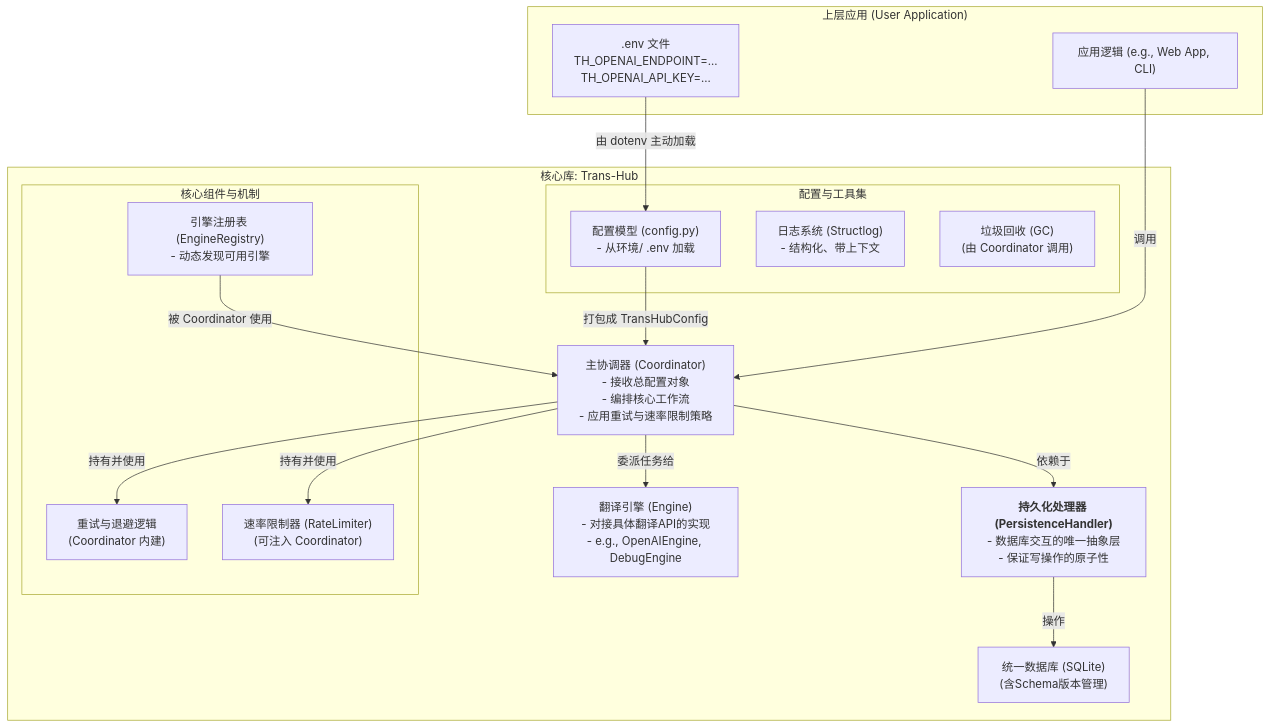
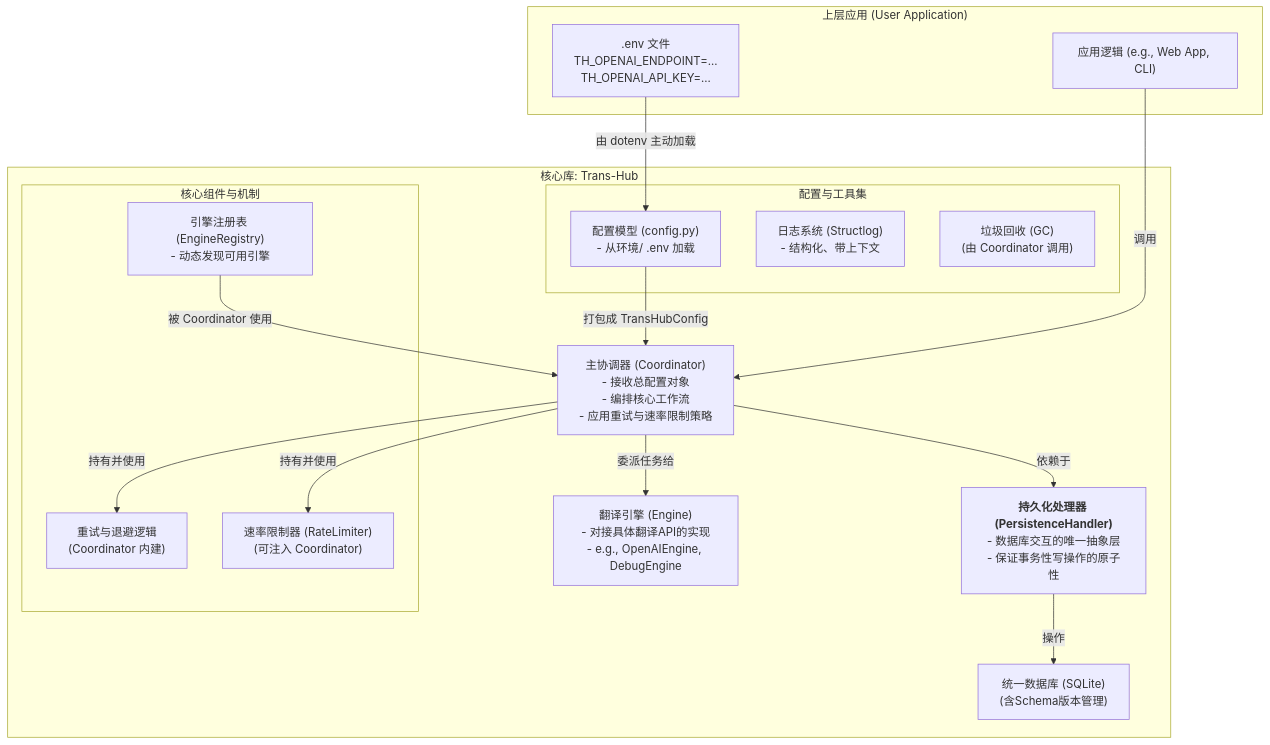
One commit to SakenW/Trans-Hub changed the first of 2 diagrams in docs/trans-hub-core-design.md. Above: the diagram before and after it, drawn with Mermaid. The commit also changed other lines of this file and 4 other files, not shown here.

````diff
--- a/docs/trans-hub-core-design.md
+++ b/docs/trans-hub-core-design.md
@@ -48,35 +48,35 @@
 ```mermaid
 graph TD
     subgraph "上层应用 (User Application)"
         A["应用逻辑 (e.g., Web App, CLI)"]
         G[".env 文件\nTH_OPENAI_ENDPOINT=...\nTH_OPENAI_API_KEY=..."]
     end
 
     subgraph "核心库: Trans-Hub"
         B["主协调器 (Coordinator)\n- 接收总配置对象\n- 编排核心工作流\n- 应用重试与速率限制策略"]
-        D["<b>持久化处理器 (PersistenceHandler)</b>\n- 数据库交互的唯一抽象层\n- 保证写操作的原子性"]
+        D["<b>持久化处理器 (PersistenceHandler)</b>\n- 数据库交互的唯一抽象层\n- 保证事务性写操作的原子性"]
         E["翻译引擎 (Engine)\n- 对接具体翻译API的实现\n- e.g., OpenAIEngine, DebugEngine"]
         F["统一数据库 (SQLite)\n(含Schema版本管理)"]
         
         subgraph "核心组件与机制"
             C1["重试与退避逻辑\n(Coordinator 内建)"]
             C2["速率限制器 (RateLimiter)\n(可注入 Coordinator)"]
             C3["引擎注册表 (EngineRegistry)\n- 动态发现可用引擎"]
         end
         
         subgraph "配置与工具集"
             U1["配置模型 (config.py)\n- 从环境/ .env 加载"]
             U2["日志系统 (Structlog)\n- 结构化、带上下文"]
             U3["垃圾回收 (GC)\n(由 Coordinator 调用)"]
         end
     end
     
     G -- "由 dotenv 主动加载" --> U1
     U1 -- "打包成 TransHubConfig" --> B
     C3 -- "被 Coordinator 使用" --> B
     A -- "调用" --> B
     B -- "持有并使用" --> C1 & C2
     B -- "依赖于" --> D
     B -- "委派任务给" --> E
     D -- "操作" --> F
 ```
````
